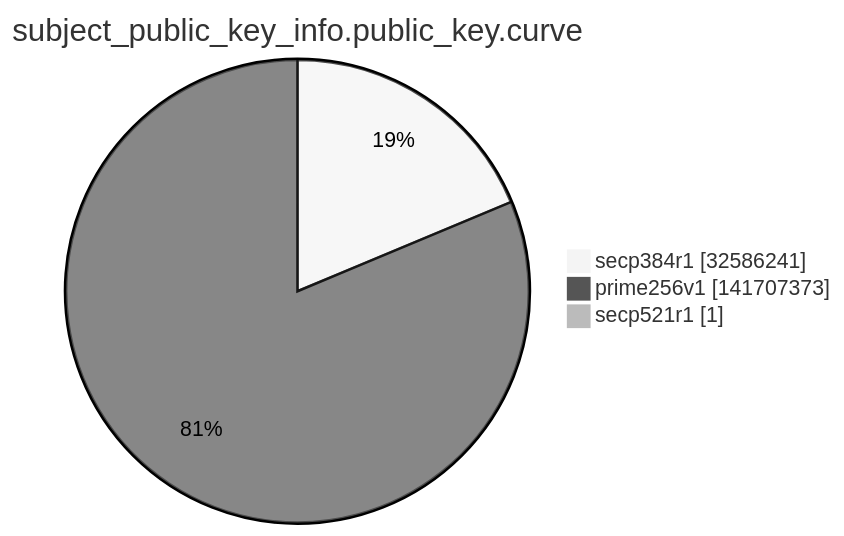
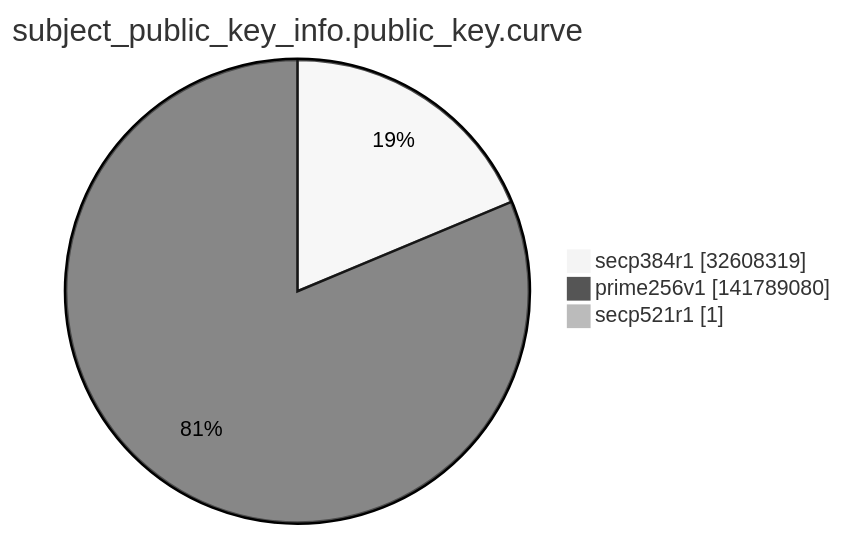
The ninth of 15 diagrams in argon2022/README.md (christiankrug/ctmonitor_visualization), drawn with Mermaid (neutral theme) before and after one commit. The commit also changed other lines of this file, not shown here.

````diff
--- a/argon2022/README.md
+++ b/argon2022/README.md
@@ -2763,7 +2763,7 @@
 ```mermaid
 pie showData
 title subject_public_key_info.public_key.curve
-"secp384r1" :32586241
-"prime256v1" :141707373
+"secp384r1" :32608319
+"prime256v1" :141789080
 "secp521r1" :1
 ```
````
